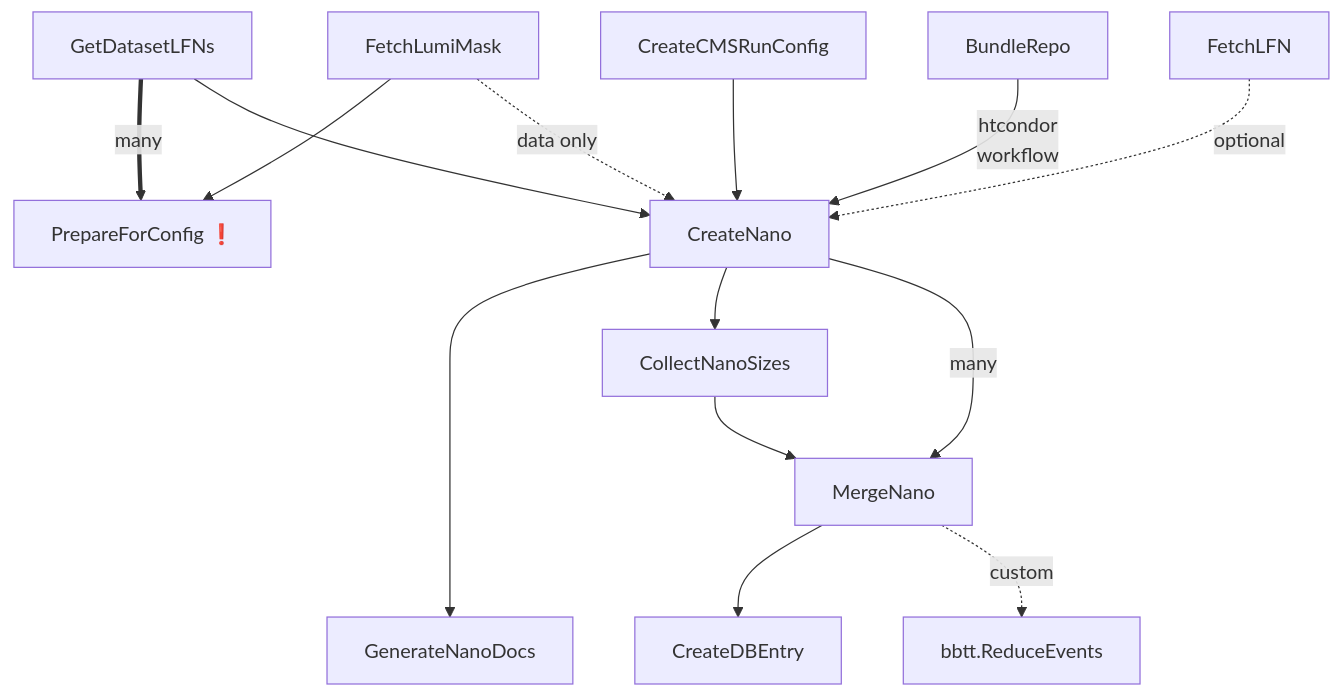
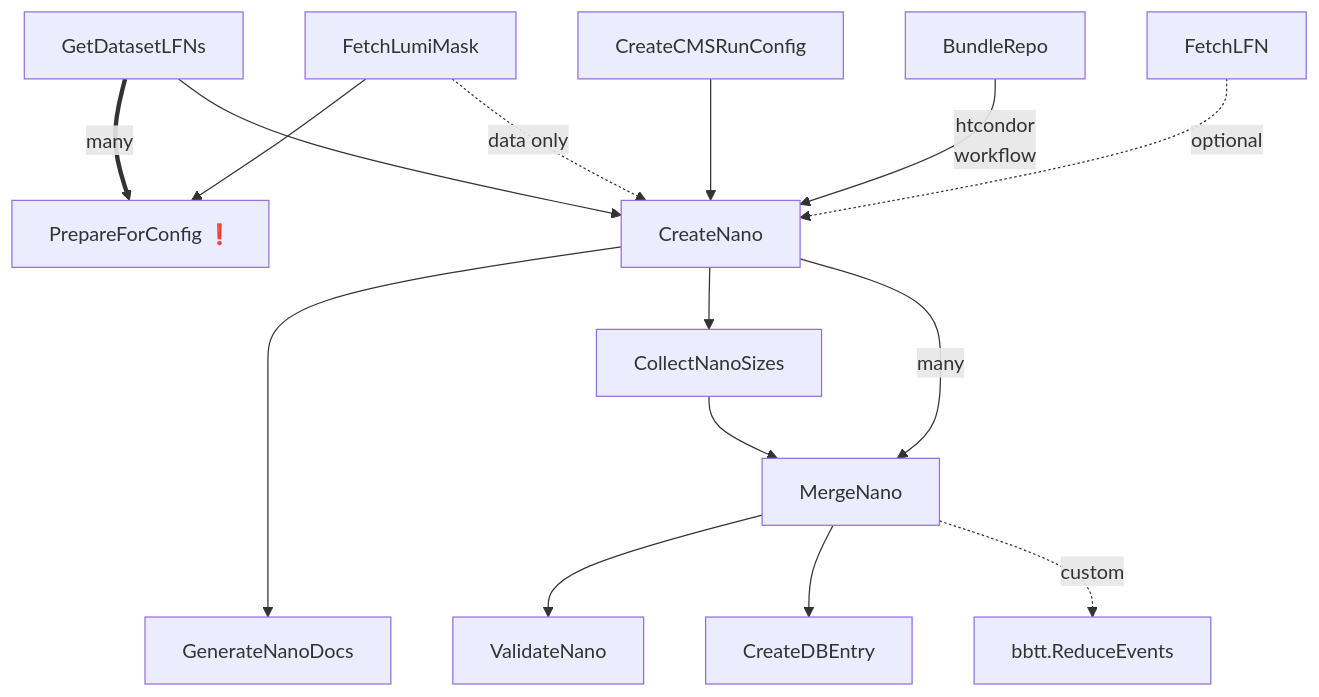
The diagram in README.md (uhh-cms/nanogen), drawn with Mermaid before and after one commit. The commit also changed other lines of this file and 4 other files, not shown here.

````diff
--- a/README.md
+++ b/README.md
@@ -18,16 +18,17 @@
 ```mermaid
 flowchart TD
   FetchLumiMask --> PrepareForConfig
   GetDatasetLFNs == many ==> PrepareForConfig["PrepareForConfig ❗️"]
   GetDatasetLFNs --> CreateNano
   CreateCMSRunConfig --> CreateNano
   BundleRepo -- htcondor<br />workflow --> CreateNano
   FetchLFN -. optional .-> CreateNano
   FetchLumiMask -. data only .-> CreateNano
   CreateNano ----> GenerateNanoDocs
   CreateNano --> CollectNanoSizes
   CollectNanoSizes --> MergeNano
   CreateNano -- many --> MergeNano
+  MergeNano --> ValidateNano
   MergeNano --> CreateDBEntry
   MergeNano -. custom .-> bbtt.ReduceEvents
 ```
````
